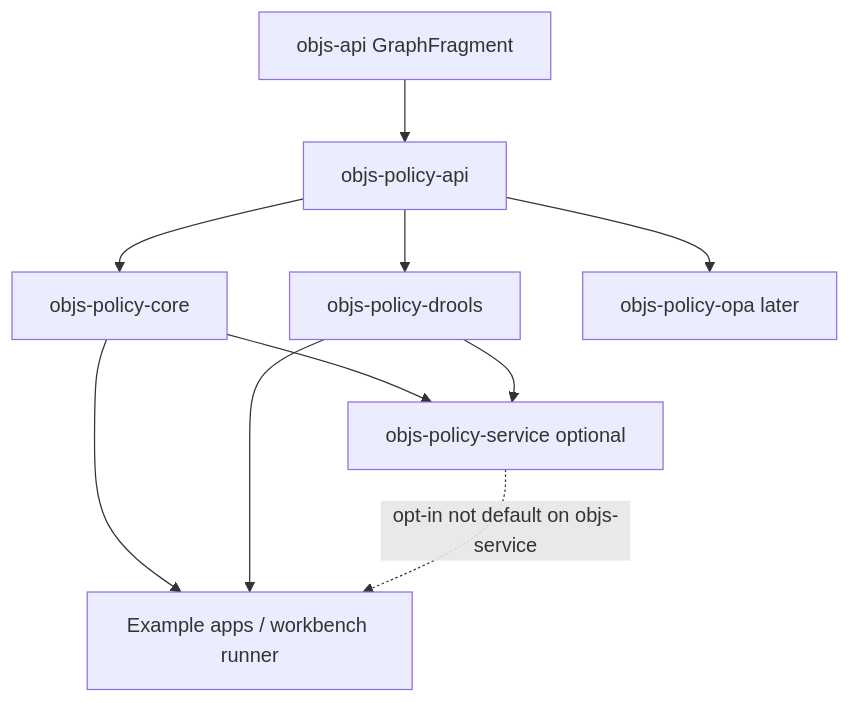
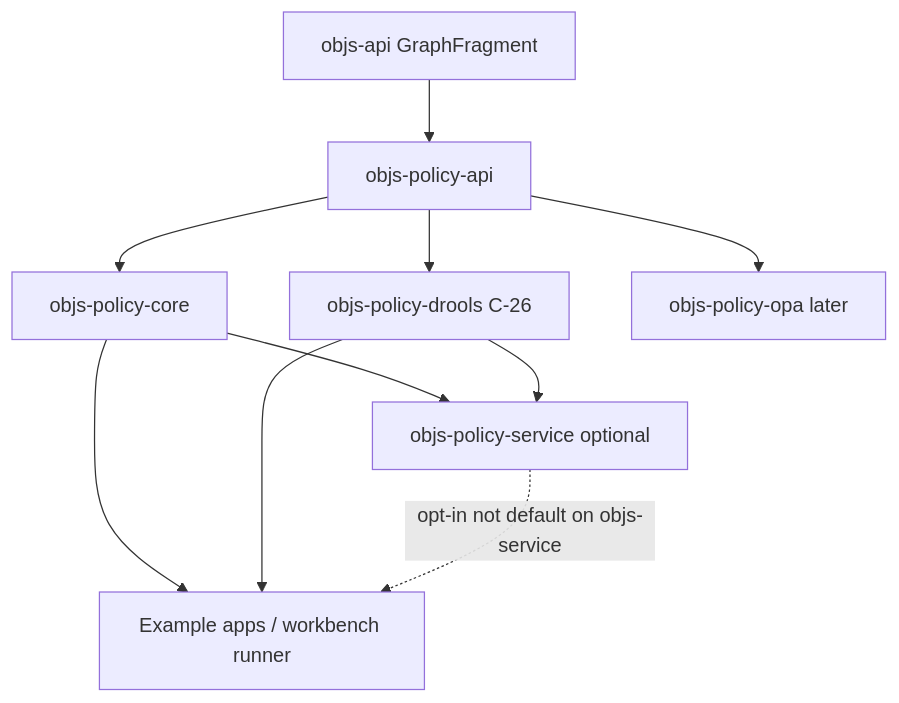
One commit to qpointz/objs changed the fourth of 20 diagrams in docs/design/policy/overview.md. Above: the diagram before and after it, drawn with Mermaid. The commit also changed other lines of this file and 20 other files, not shown here.

````diff
--- a/docs/design/policy/overview.md
+++ b/docs/design/policy/overview.md
@@ -126,20 +164,20 @@
 ```mermaid
 flowchart TB
   api[objs-api GraphFragment]
   papi[objs-policy-api]
   pcore[objs-policy-core]
-  pdrools[objs-policy-drools]
+  pdrools[objs-policy-drools C-26]
   popa[objs-policy-opa later]
   psvc[objs-policy-service optional]
   app[Example apps / workbench runner]
 
   api --> papi
   papi --> pcore
   papi --> pdrools
   papi --> popa
   pcore --> psvc
   pdrools --> psvc
   pcore --> app
   pdrools --> app
   psvc -.->|opt-in not default on objs-service| app
 ```
````
